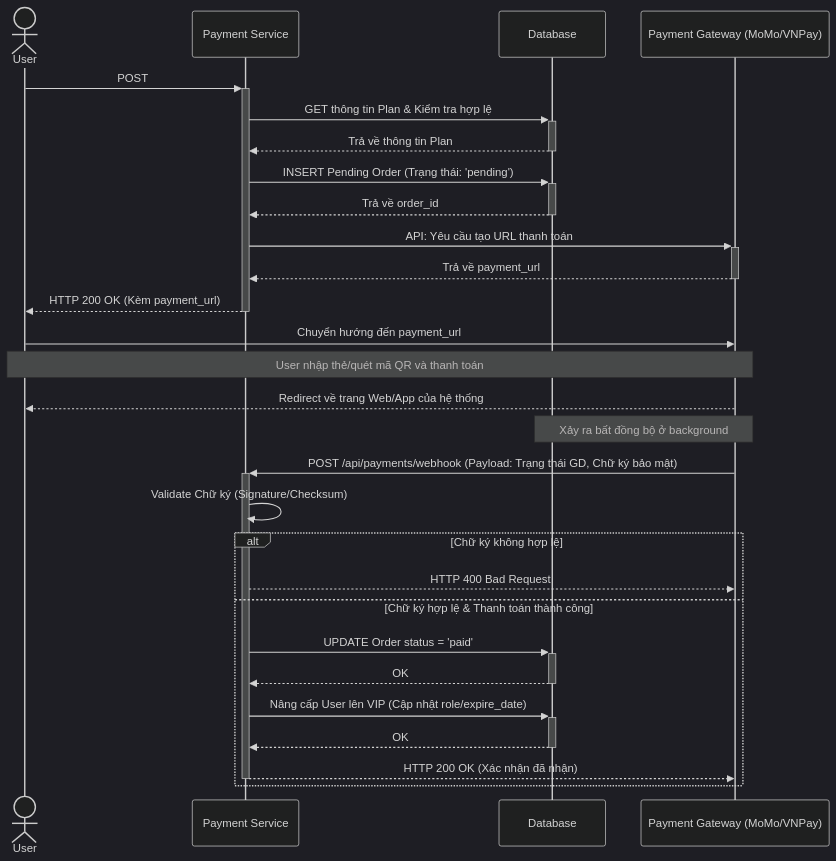
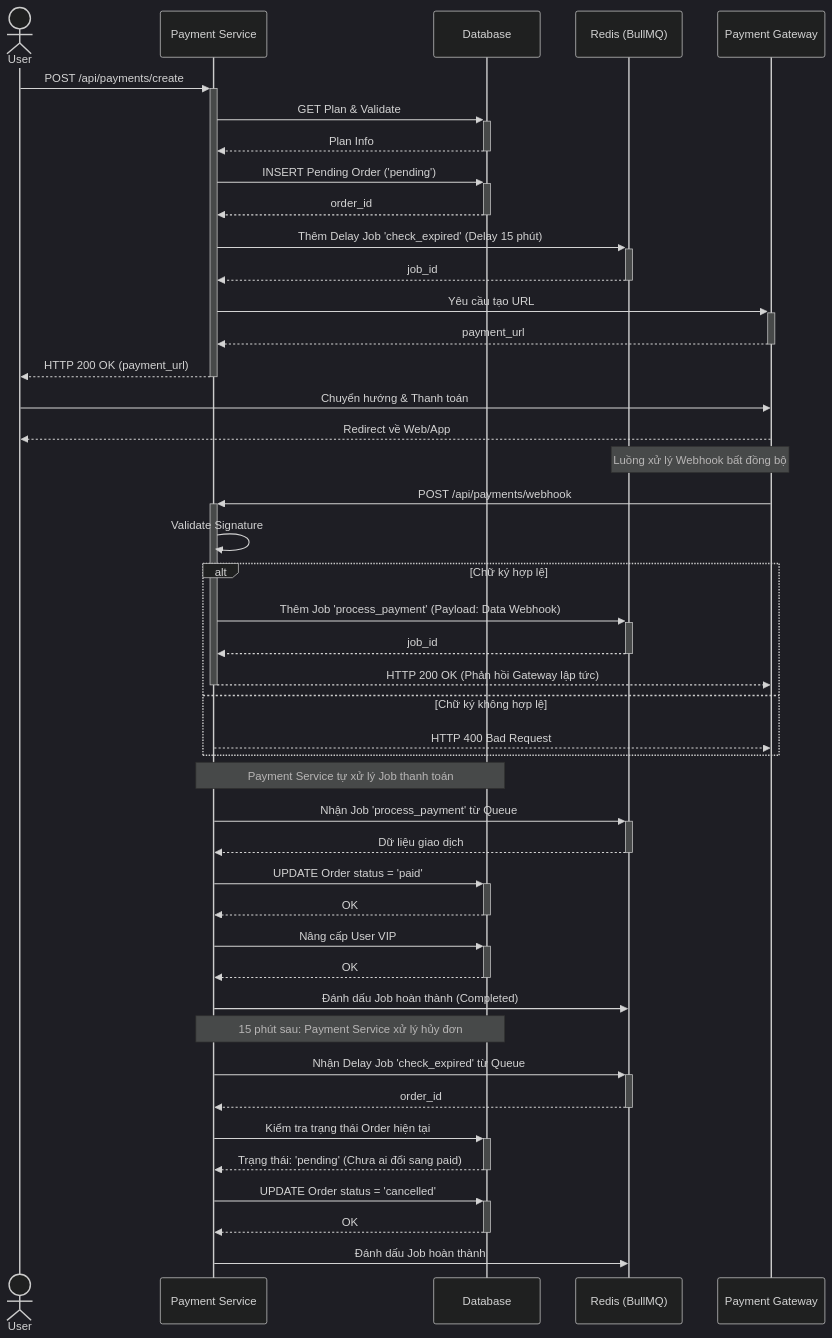
Before and after one commit to 20206205Tech/docs-markdown: the diagram in docs/1. Tổng quan đề tài/1.3. Bài toán nghiệp vụ/payment.mmd, drawn with Mermaid (dark theme). The commit also changed 1 other file, not shown here.

```diff
--- a/docs/1. Tổng quan đề tài/1.3. Bài toán nghiệp vụ/payment.mmd
+++ b/docs/1. Tổng quan đề tài/1.3. Bài toán nghiệp vụ/payment.mmd
@@ -1,42 +1,60 @@
 sequenceDiagram
     actor User
     participant PaymentService as Payment Service
     participant Database as Database
-    participant PaymentGateway as Payment Gateway (MoMo/VNPay)
+    participant Redis as Redis (BullMQ)
+    participant PaymentGateway as Payment Gateway
 
-    User->>+PaymentService: POST
+    %% PHẦN 1: TẠO ĐƠN VÀ HẸN GIỜ HỦY
+    User->>+PaymentService: POST /api/payments/create
+    PaymentService->>+Database: GET Plan & Validate
+    Database-->>-PaymentService: Plan Info
 
-    PaymentService->>+Database: GET thông tin Plan & Kiểm tra hợp lệ
-    Database-->>-PaymentService: Trả về thông tin Plan
+    PaymentService->>+Database: INSERT Pending Order ('pending')
+    Database-->>-PaymentService: order_id
 
-    PaymentService->>+Database: INSERT Pending Order (Trạng thái: 'pending')
-    Database-->>-PaymentService: Trả về order_id
+    %% Đẩy Delay Job vào BullMQ
+    PaymentService->>+Redis: Thêm Delay Job 'check_expired' (Delay 15 phút)
+    Redis-->>-PaymentService: job_id
 
-    PaymentService->>+PaymentGateway: API: Yêu cầu tạo URL thanh toán
-    PaymentGateway-->>-PaymentService: Trả về payment_url
+    PaymentService->>+PaymentGateway: Yêu cầu tạo URL
+    PaymentGateway-->>-PaymentService: payment_url
+    PaymentService-->>-User: HTTP 200 OK (payment_url)
 
-    PaymentService-->>-User: HTTP 200 OK (Kèm payment_url)
+    %% PHẦN 2: THANH TOÁN
+    User->>PaymentGateway: Chuyển hướng & Thanh toán
+    PaymentGateway-->>User: Redirect về Web/App
 
-    User->>PaymentGateway: Chuyển hướng đến payment_url
-    Note over User, PaymentGateway: User nhập thẻ/quét mã QR và thanh toán
-    PaymentGateway-->>User: Redirect về trang Web/App của hệ thống
+    %% PHẦN 3: WEBHOOK & NHẬN JOB BẤT ĐỒNG BỘ
+    Note over PaymentGateway, Redis: Luồng xử lý Webhook bất đồng bộ
+    PaymentGateway->>+PaymentService: POST /api/payments/webhook
+    PaymentService->>PaymentService: Validate Signature
 
-    Note over PaymentGateway, Database: Xảy ra bất đồng bộ ở background
-    PaymentGateway->>+PaymentService: POST /api/payments/webhook (Payload: Trạng thái GD, Chữ ký bảo mật)
-
-    PaymentService->>PaymentService: Validate Chữ ký (Signature/Checksum)
-
-    alt Chữ ký không hợp lệ
+    alt Chữ ký hợp lệ
+        %% Thay vì xử lý DB ngay, đẩy vào Queue
+        PaymentService->>+Redis: Thêm Job 'process_payment' (Payload: Data Webhook)
+        Redis-->>-PaymentService: job_id
+        PaymentService-->>-PaymentGateway: HTTP 200 OK (Phản hồi Gateway lập tức)
+    else Chữ ký không hợp lệ
         PaymentService-->>PaymentGateway: HTTP 400 Bad Request
-    else Chữ ký hợp lệ & Thanh toán thành công
-        PaymentService->>+Database: UPDATE Order status = 'paid'
-        Database-->>-PaymentService: OK
-
-        PaymentService->>+Database: Nâng cấp User lên VIP (Cập nhật role/expire_date)
-        Database-->>-PaymentService: OK
-
-        PaymentService-->>-PaymentGateway: HTTP 200 OK (Xác nhận đã nhận)
     end
 
+    %% PHẦN 4: XỬ LÝ JOB THANH TOÁN THÀNH CÔNG (Chạy ngầm trong Payment Service)
+    Note over PaymentService, Database: Payment Service tự xử lý Job thanh toán
+    PaymentService->>+Redis: Nhận Job 'process_payment' từ Queue
+    Redis-->>-PaymentService: Dữ liệu giao dịch
+    PaymentService->>+Database: UPDATE Order status = 'paid'
+    Database-->>-PaymentService: OK
+    PaymentService->>+Database: Nâng cấp User VIP
+    Database-->>-PaymentService: OK
+    PaymentService->>Redis: Đánh dấu Job hoàn thành (Completed)
 
-%% Tôi có cần thêm Redis BullMQ hẹn giờ hay không?
+    %% PHẦN 5: XỬ LÝ DELAY JOB (Sau 15 phút nếu chưa thanh toán)
+    Note over PaymentService, Database: 15 phút sau: Payment Service xử lý hủy đơn
+    PaymentService->>+Redis: Nhận Delay Job 'check_expired' từ Queue
+    Redis-->>-PaymentService: order_id
+    PaymentService->>+Database: Kiểm tra trạng thái Order hiện tại
+    Database-->>-PaymentService: Trạng thái: 'pending' (Chưa ai đổi sang paid)
+    PaymentService->>+Database: UPDATE Order status = 'cancelled'
+    Database-->>-PaymentService: OK
+    PaymentService->>Redis: Đánh dấu Job hoàn thành
```
